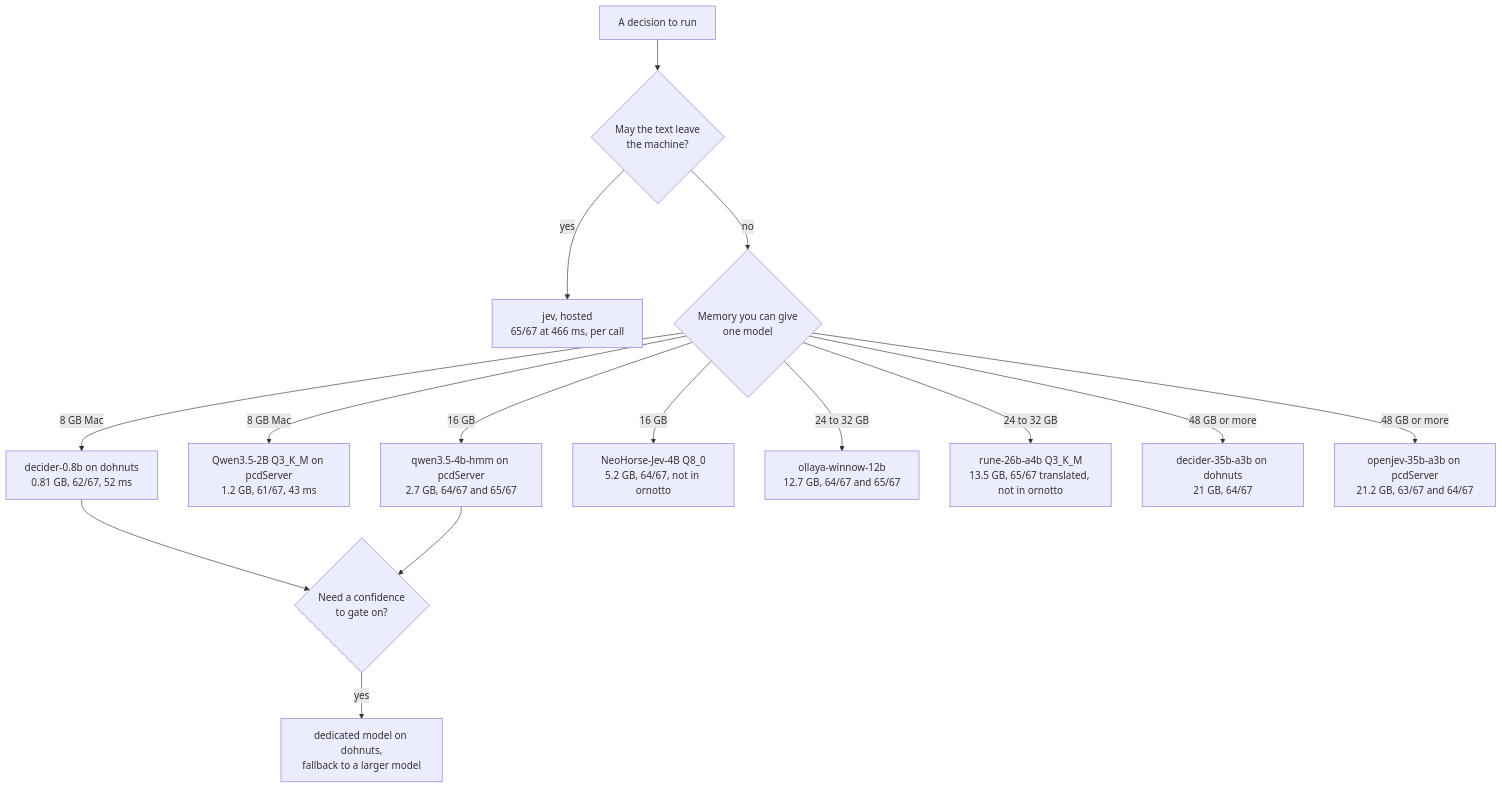
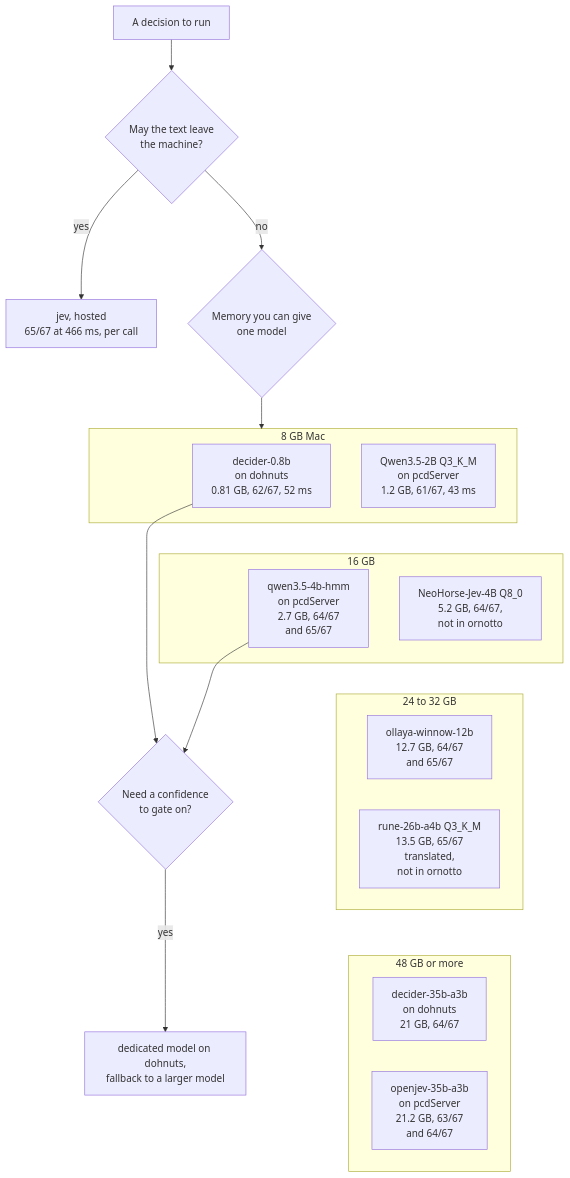
Before and after one commit to fontlaborg/ornotto: the first of 2 diagrams in src_docs/md/12-choosing.md, drawn with Mermaid. The commit also changed other lines of this file and 10 other files, not shown here.

Commit message:
Make the diagrams legible and match the theme

````diff
--- a/src_docs/md/12-choosing.md
+++ b/src_docs/md/12-choosing.md
@@ -41,17 +41,28 @@
 ```mermaid
+%%{init: {"flowchart": {"useMaxWidth": false}}}%%
 flowchart TD
     S["A decision to run"] --> H{"May the text leave<br>the machine?"}
     H -->|"yes"| J["jev, hosted<br>65/67 at 466 ms, per call"]
     H -->|"no"| M{"Memory you can give<br>one model"}
-    M -->|"8 GB Mac"| A1["decider-0.8b on dohnuts<br>0.81 GB, 62/67, 52 ms"]
-    M -->|"8 GB Mac"| A2["Qwen3.5-2B Q3_K_M on pcdServer<br>1.2 GB, 61/67, 43 ms"]
-    M -->|"16 GB"| B1["qwen3.5-4b-hmm on pcdServer<br>2.7 GB, 64/67 and 65/67"]
-    M -->|"16 GB"| B2["NeoHorse-Jev-4B Q8_0<br>5.2 GB, 64/67, not in ornotto"]
-    M -->|"24 to 32 GB"| C1["ollaya-winnow-12b<br>12.7 GB, 64/67 and 65/67"]
-    M -->|"24 to 32 GB"| C2["rune-26b-a4b Q3_K_M<br>13.5 GB, 65/67 translated, not in ornotto"]
-    M -->|"48 GB or more"| D1["decider-35b-a3b on dohnuts<br>21 GB, 64/67"]
-    M -->|"48 GB or more"| D2["openjev-35b-a3b on pcdServer<br>21.2 GB, 63/67 and 64/67"]
+    M --> T8
+    subgraph T8["8 GB Mac"]
+        A1["decider-0.8b<br>on dohnuts<br>0.81 GB, 62/67, 52 ms"]
+        A2["Qwen3.5-2B Q3_K_M<br>on pcdServer<br>1.2 GB, 61/67, 43 ms"]
+    end
+    subgraph T16["16 GB"]
+        B1["qwen3.5-4b-hmm<br>on pcdServer<br>2.7 GB, 64/67<br>and 65/67"]
+        B2["NeoHorse-Jev-4B Q8_0<br>5.2 GB, 64/67,<br>not in ornotto"]
+    end
+    subgraph T24["24 to 32 GB"]
+        C1["ollaya-winnow-12b<br>12.7 GB, 64/67<br>and 65/67"]
+        C2["rune-26b-a4b Q3_K_M<br>13.5 GB, 65/67<br>translated,<br>not in ornotto"]
+    end
+    subgraph T48["48 GB or more"]
+        D1["decider-35b-a3b<br>on dohnuts<br>21 GB, 64/67"]
+        D2["openjev-35b-a3b<br>on pcdServer<br>21.2 GB, 63/67<br>and 64/67"]
+    end
+    T8 ~~~ T16 ~~~ T24 ~~~ T48
     A1 --> G{"Need a confidence<br>to gate on?"}
     B1 --> G
     G -->|"yes"| F["dedicated model on dohnuts,<br>fallback to a larger model"]
 ```
````
